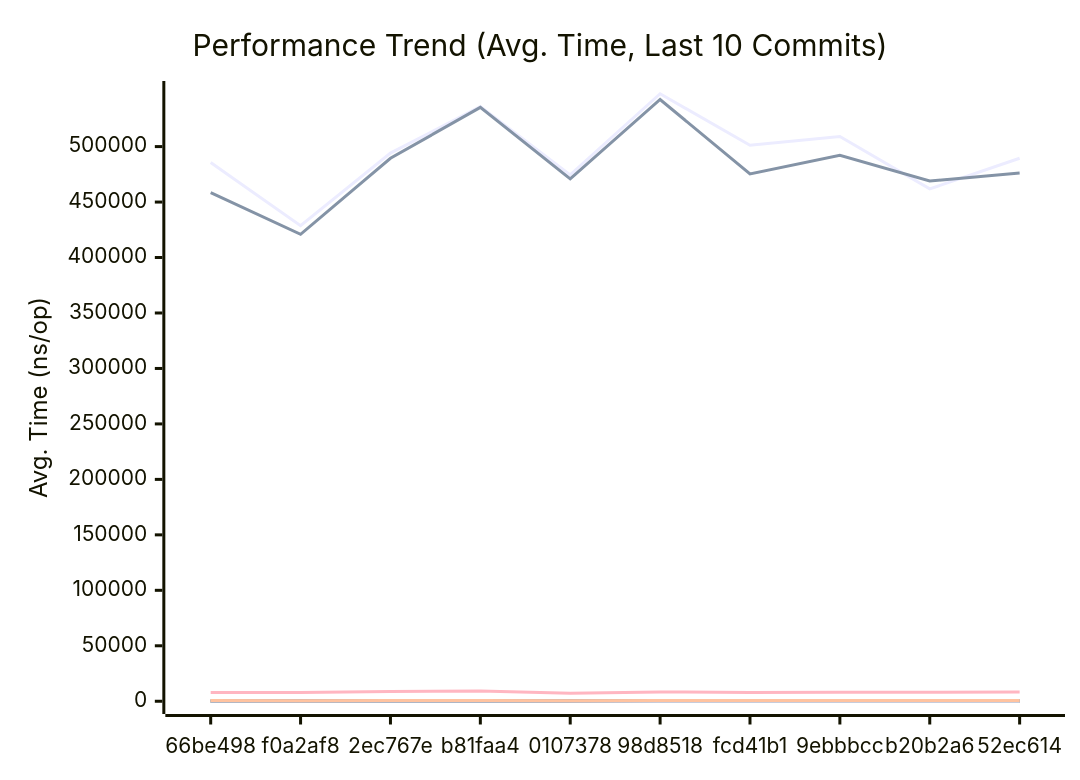
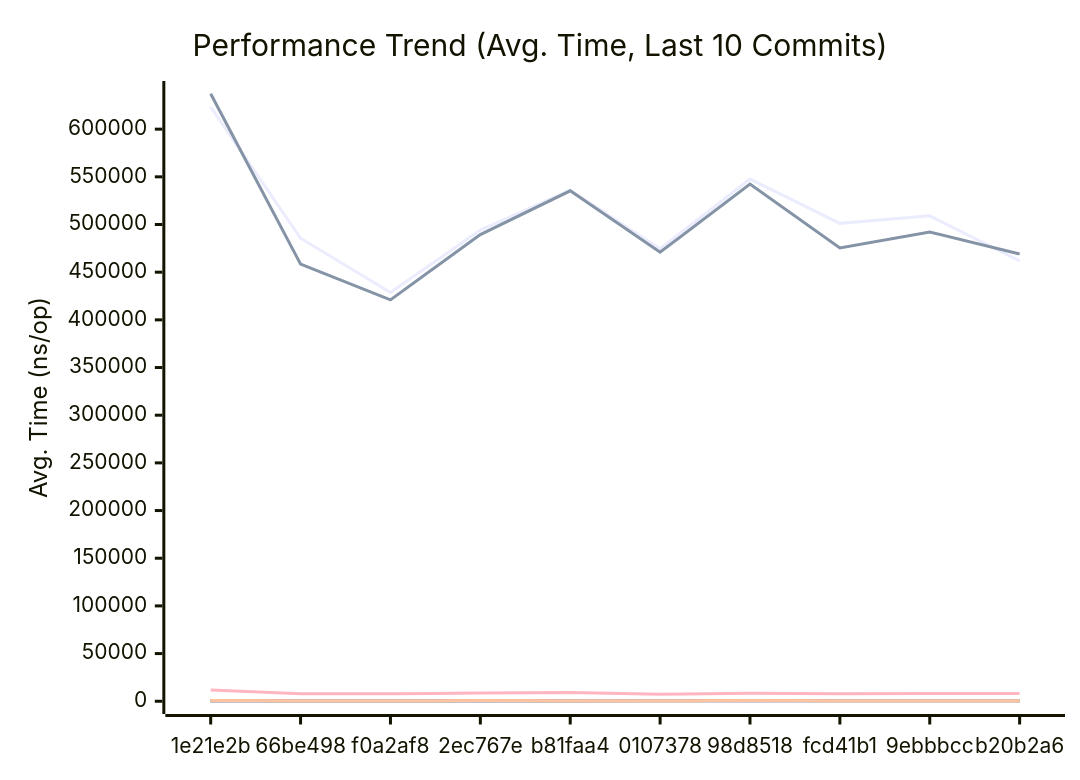
One commit to alsotoes/momo changed the first of 3 diagrams in docs/PERFORMANCE.md. Above: the diagram before and after it, drawn with Mermaid. The commit also changed other lines of this file and 1 other file, not shown here.

````diff
--- a/docs/PERFORMANCE.md
+++ b/docs/PERFORMANCE.md
@@ -145,20 +145,20 @@
 ```mermaid
 xychart-beta
     title "Performance Trend (Avg. Time, Last 10 Commits)"
     x-axis "Commit"
     y-axis "Avg. Time (ns/op)"
-    x-axis [66be498,f0a2af8,2ec767e,b81faa4,0107378,98d8518,fcd41b1,9ebbbcc,b20b2a6,52ec614]
-    line "AWSChunkedReaderSigned" [485586,428699,494161,536055,474487,547638,501193,509071,461874,489489]
-    line "AWSChunkedReaderUnsigned" [458443,420916,489488,535372,470934,542477,475383,492103,469009,476121]
-    line "CheckMetricsAndSwap" [9,8,8,11,8,9,8,10,11,10]
-    line "CrushOptimized" [355,342,351,359,357,366,378,382,341,361]
-    line "CrushOriginal" [459,465,587,501,444,519,462,546,467,474]
-    line "IndexDirectTracking" [0,0,0,0,0,0,0,0,0,0]
+    x-axis [1e21e2b,66be498,f0a2af8,2ec767e,b81faa4,0107378,98d8518,fcd41b1,9ebbbcc,b20b2a6]
+    line "AWSChunkedReaderSigned" [623314,485586,428699,494161,536055,474487,547638,501193,509071,461874]
+    line "AWSChunkedReaderUnsigned" [637133,458443,420916,489488,535372,470934,542477,475383,492103,469009]
+    line "CheckMetricsAndSwap" [13,9,8,8,11,8,9,8,10,11]
+    line "CrushOptimized" [419,355,342,351,359,357,366,378,382,341]
+    line "CrushOriginal" [628,459,465,587,501,444,519,462,546,467]
+    line "IndexDirectTracking" [1,0,0,0,0,0,0,0,0,0]
     line "IndexSearch" [3,3,3,3,3,3,3,3,3,3]
-    line "LoadGlobalConfig" [7877,7811,8699,9154,7311,8381,7902,8218,8010,8306]
-    line "PadString" [43,49,49,50,41,54,44,44,47,44]
+    line "LoadGlobalConfig" [11680,7877,7811,8699,9154,7311,8381,7902,8218,8010]
+    line "PadString" [64,43,49,49,50,41,54,44,44,47]
     line "ParseReplicationOrder_NoPrealloc" [350,349,357,354,345,225,229,165,232,234]
     line "ParseReplicationOrder_Prealloc" [229,231,237,234,229,108,107,80,110,109]
-    line "SanitizeLog/Safe" [444,426,532,520,440,468,490,508,542,444]
-    line "SanitizeLog/Unsafe" [568,519,657,616,544,677,581,581,596,641]
+    line "SanitizeLog/Safe" [585,444,426,532,520,440,468,490,508,542]
+    line "SanitizeLog/Unsafe" [794,568,519,657,616,544,677,581,581,596]
 ```
````
